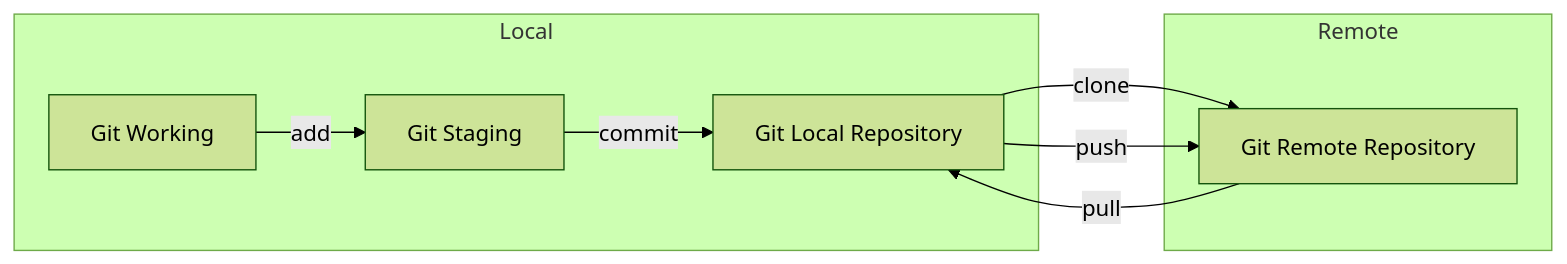
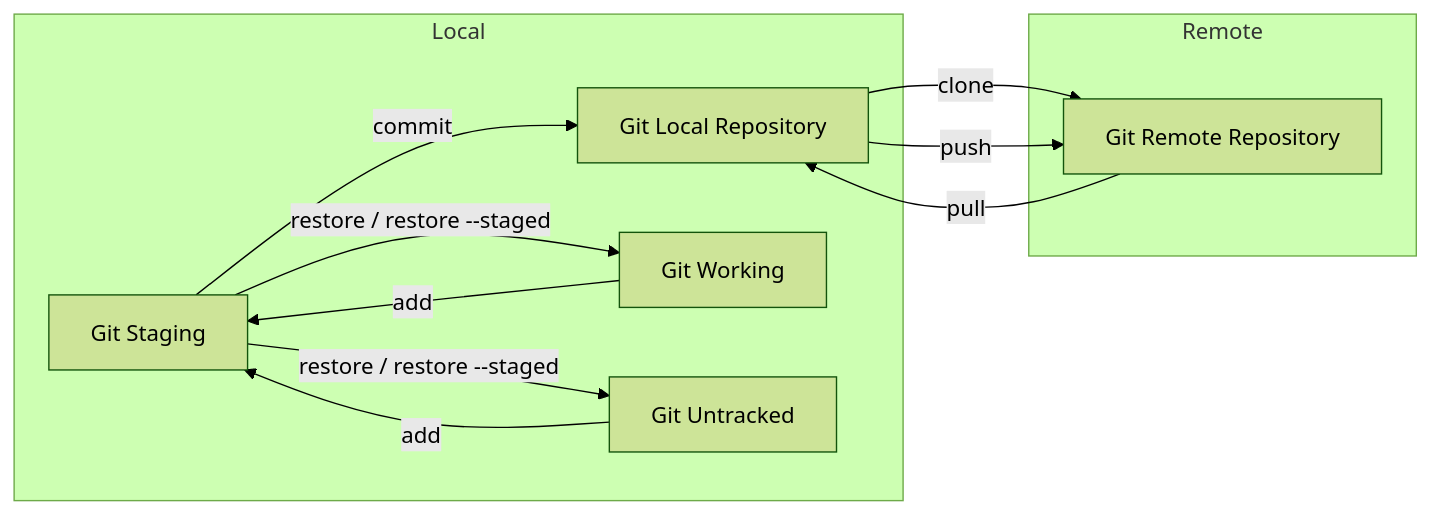
One commit to lankahsu520/HelperX changed the second of 9 diagrams in helper_SVNvsGit.md. Above: the diagram before and after it, drawn with Mermaid (forest theme). The commit also changed other lines of this file, not shown here.

````diff
--- a/helper_SVNvsGit.md
+++ b/helper_SVNvsGit.md
@@ -27,17 +27,23 @@
 ```mermaid
 flowchart LR
 	subgraph Local
 		Git-Local[Git Local Repository]
 		Git-Staging[Git Staging]
 		Git-Working[Git Working]
+		Git-Untracked[Git Untracked]
 	end
 	subgraph Remote
 		Git-Remote[Git Remote Repository]
 	end
 
+	Git-Untracked --> |add|Git-Staging
+	Git-Staging --> |restore / restore --staged| Git-Untracked
+
 	Git-Working --> |add|Git-Staging
+	Git-Staging --> |restore / restore --staged| Git-Working
+	
 	Git-Staging --> |commit|Git-Local
 	Git-Local --> |clone|Git-Remote
   Git-Local --> |push|Git-Remote
 	Git-Remote --> |pull|Git-Local
 ```
````
